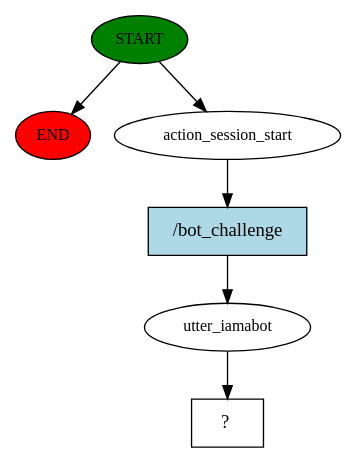
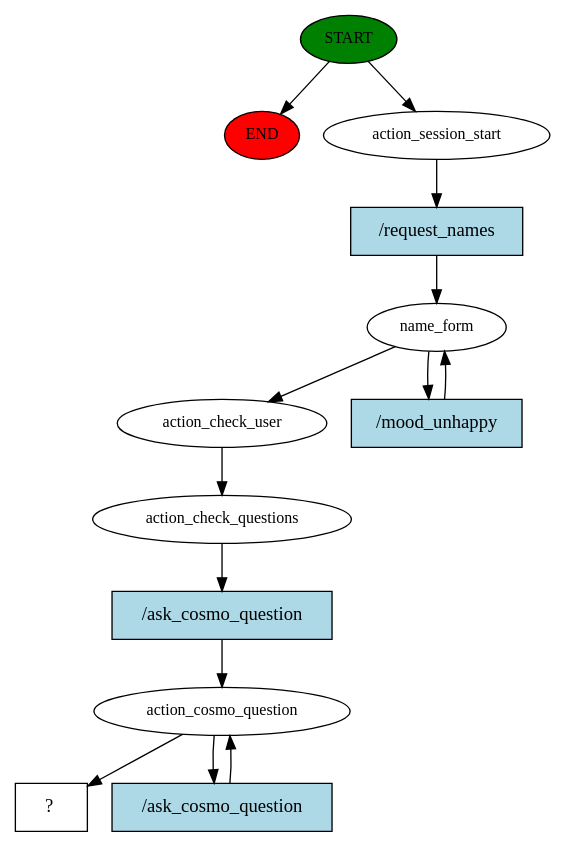
Before and after one commit to Dashavod/devtorium_bot: the diagram in story_graph.dot, drawn with Graphviz. The commit also changed 69 other files, not shown here.

```diff
--- a/story_graph.dot
+++ b/story_graph.dot
@@ -1,13 +1,27 @@
 digraph  {
 0 [class="start active", fillcolor=green, fontsize=12, label=START, style=filled];
 "-1" [class=end, fillcolor=red, fontsize=12, label=END, style=filled];
 1 [class=active, fontsize=12, label=action_session_start];
-2 [class=active, fontsize=12, label=utter_iamabot];
-3 [class="intent dashed active", label="  ?  ", shape=rect];
-4 [class="intent active", fillcolor=lightblue, label="/bot_challenge", shape=rect, style=filled];
+2 [class=active, fontsize=12, label=name_form];
+4 [class=active, fontsize=12, label=action_check_user];
+5 [class=active, fontsize=12, label=action_check_questions];
+6 [class=active, fontsize=12, label=action_cosmo_question];
+9 [class="intent dashed active", label="  ?  ", shape=rect];
+10 [class="intent active", fillcolor=lightblue, label="/request_names", shape=rect, style=filled];
+11 [class="intent active", fillcolor=lightblue, label="/mood_unhappy", shape=rect, style=filled];
+12 [class="intent active", fillcolor=lightblue, label="/ask_cosmo_question", shape=rect, style=filled];
+13 [class="intent active", fillcolor=lightblue, label="/ask_cosmo_question", shape=rect, style=filled];
 0 -> "-1"  [class="", key=NONE, label=""];
 0 -> 1  [class=active, key=NONE, label=""];
-1 -> 4  [class=active, key=0];
-2 -> 3  [class=active, key=NONE, label=""];
-4 -> 2  [class=active, key=0];
+1 -> 10  [class=active, key=0];
+2 -> 4  [class=active, key=NONE, label=""];
+2 -> 11  [class=active, key=0];
+4 -> 5  [class=active, key=NONE, label=""];
+5 -> 12  [class=active, key=0];
+6 -> 9  [class=active, key=NONE, label=""];
+6 -> 13  [class=active, key=0];
+10 -> 2  [class=active, key=0];
+11 -> 2  [class=active, key=0];
+12 -> 6  [class=active, key=0];
+13 -> 6  [class=active, key=0];
 }
```
